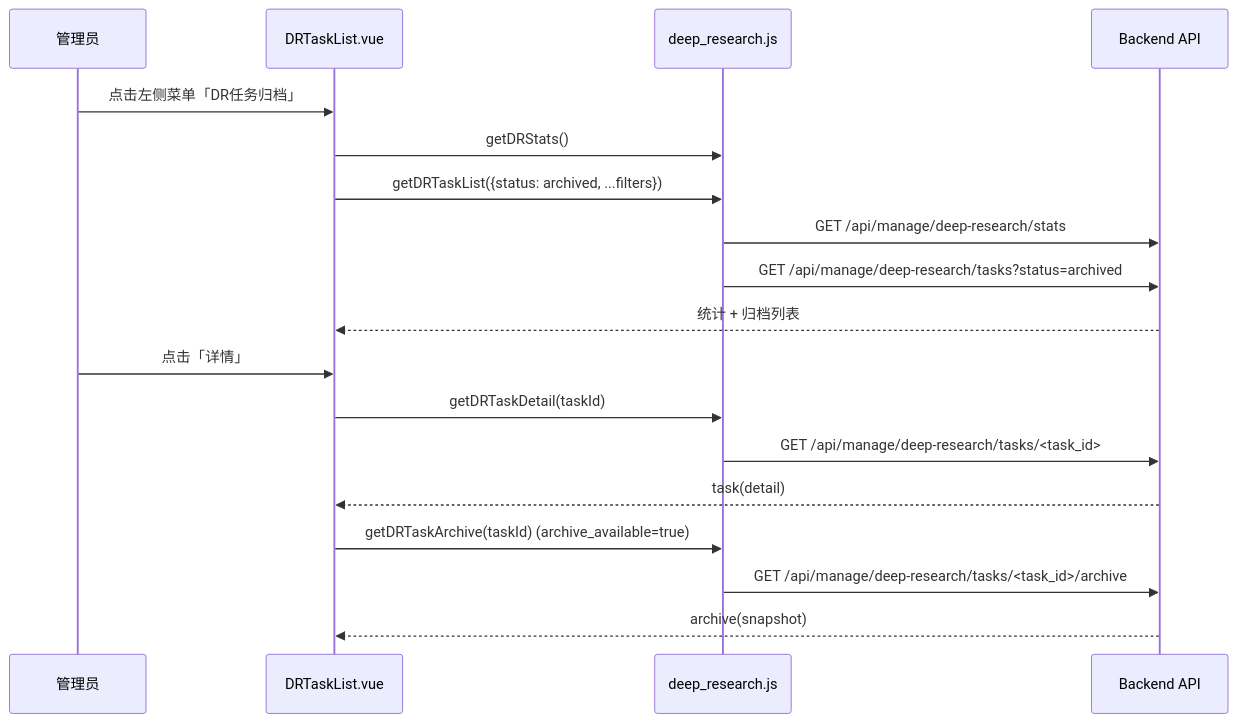
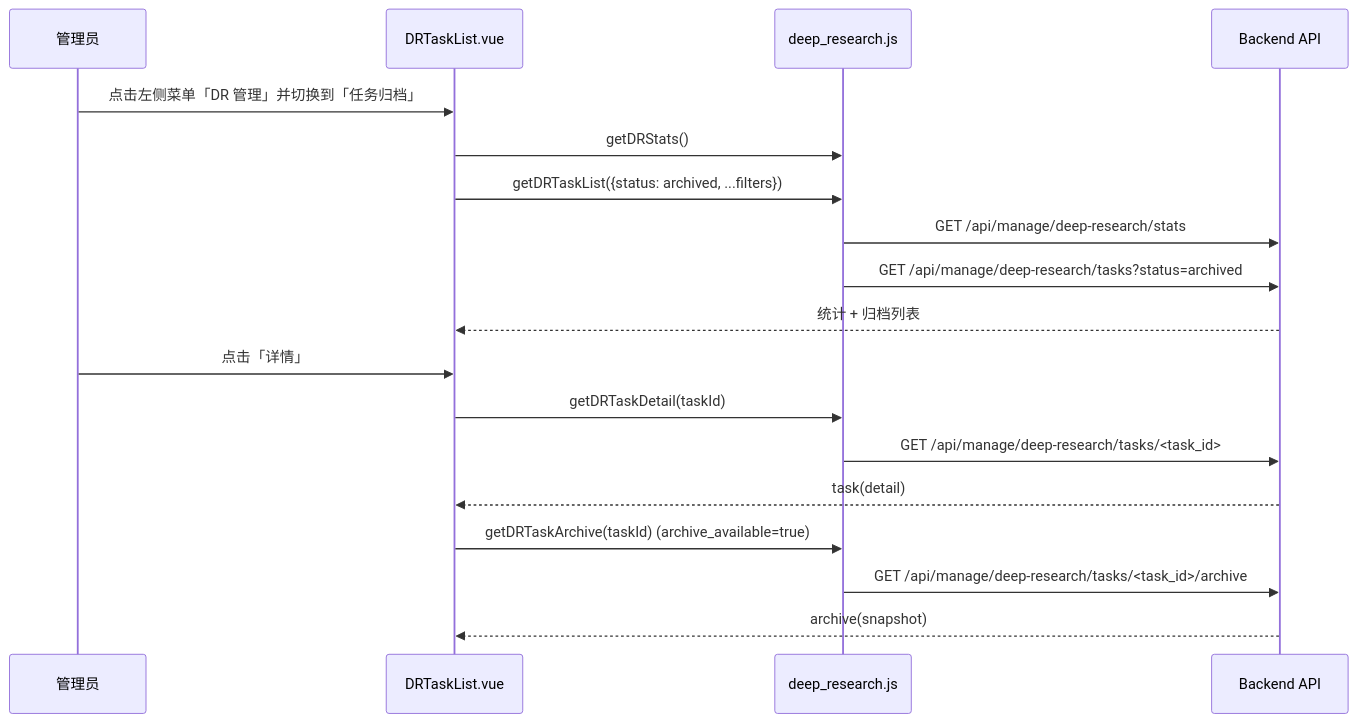
Before and after one commit to Spencer320/2026Spring-BUAA-SE-EPP_IID: the diagram in docs/管理端前端设计文档-深度研究任务归档.md, drawn with Mermaid. The commit also changed other lines of this file and 2 other files, not shown here.

````diff
--- a/docs/管理端前端设计文档-深度研究任务归档.md
+++ b/docs/管理端前端设计文档-深度研究任务归档.md
@@ -191,22 +208,22 @@
 ```mermaid
 sequenceDiagram
   participant U as 管理员
   participant V as DRTaskList.vue
   participant A as deep_research.js
   participant B as Backend API
 
-  U->>V: 点击左侧菜单「DR任务归档」
+  U->>V: 点击左侧菜单「DR 管理」并切换到「任务归档」
   V->>A: getDRStats()
   V->>A: getDRTaskList({status: archived, ...filters})
   A->>B: GET /api/manage/deep-research/stats
   A->>B: GET /api/manage/deep-research/tasks?status=archived
   B-->>V: 统计 + 归档列表
 
   U->>V: 点击「详情」
   V->>A: getDRTaskDetail(taskId)
   A->>B: GET /api/manage/deep-research/tasks/<task_id>
   B-->>V: task(detail)
   V->>A: getDRTaskArchive(taskId) (archive_available=true)
   A->>B: GET /api/manage/deep-research/tasks/<task_id>/archive
   B-->>V: archive(snapshot)
 ```
````
